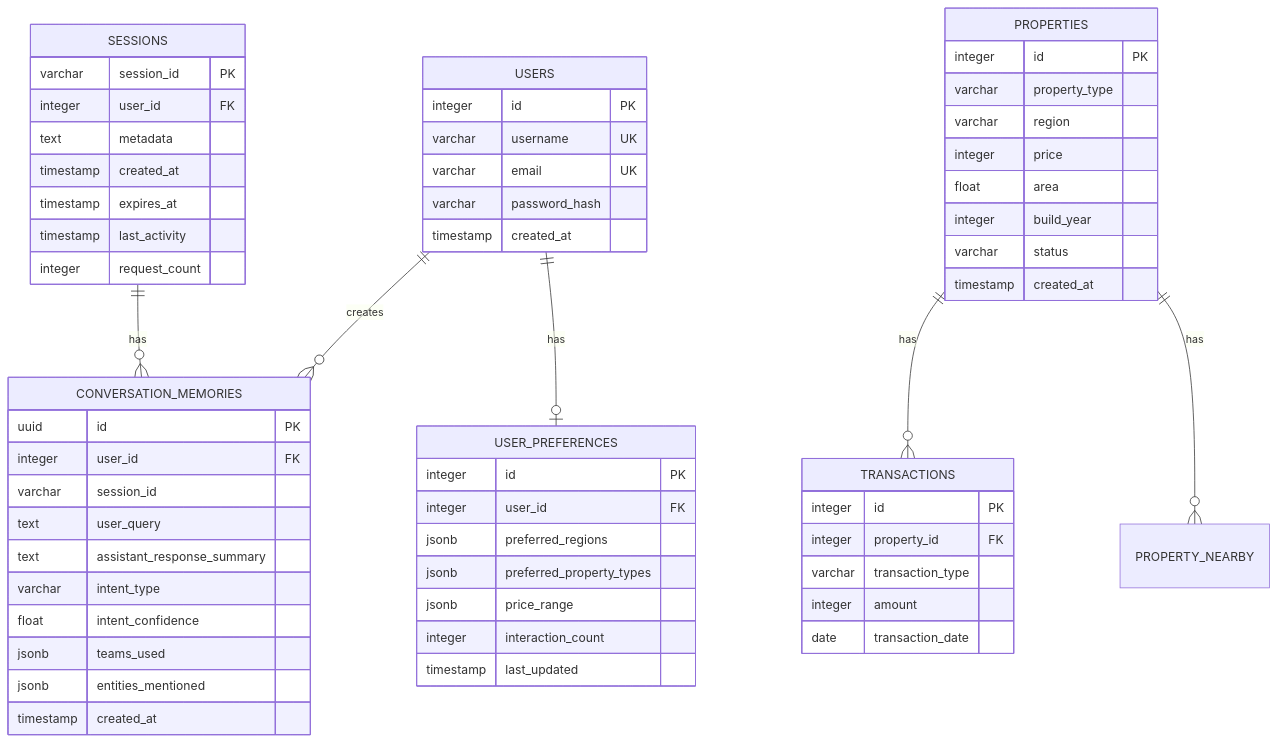
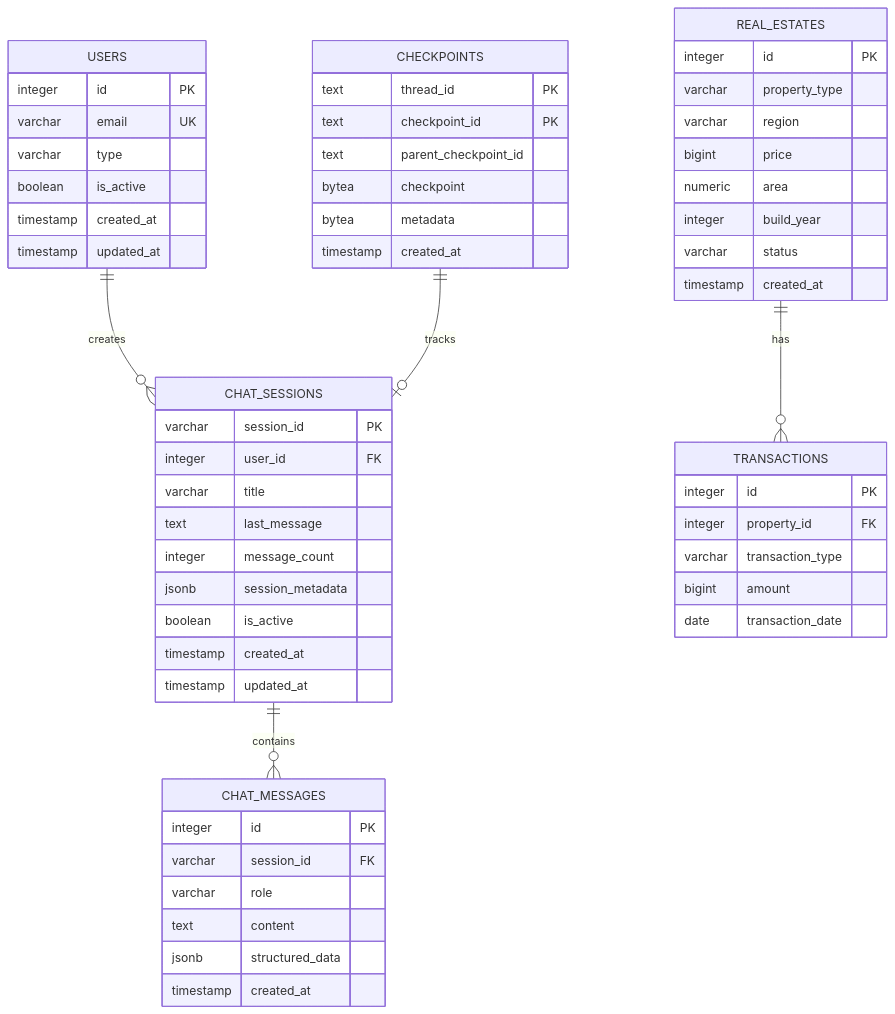
Before and after one commit to seunghak-kim/hny-project: the diagram in Manual/DATABASE_GUIDE.md, drawn with Mermaid. The commit also changed other lines of this file and 22 other files, not shown here.

````diff
--- a/Manual/DATABASE_GUIDE.md
+++ b/Manual/DATABASE_GUIDE.md
@@ -55,68 +60,65 @@
 ```mermaid
 erDiagram
-    SESSIONS ||--o{ CONVERSATION_MEMORIES : has
-    USERS ||--o{ CONVERSATION_MEMORIES : creates
-    USERS ||--o| USER_PREFERENCES : has
-    PROPERTIES ||--o{ TRANSACTIONS : has
-    PROPERTIES ||--o{ PROPERTY_NEARBY : has
-
-    SESSIONS {
-        varchar session_id PK
-        integer user_id FK
-        text metadata
-        timestamp created_at
-        timestamp expires_at
-        timestamp last_activity
-        integer request_count
-    }
+    USERS ||--o{ CHAT_SESSIONS : creates
+    CHAT_SESSIONS ||--o{ CHAT_MESSAGES : contains
+    CHECKPOINTS ||--o| CHAT_SESSIONS : tracks
+    REAL_ESTATES ||--o{ TRANSACTIONS : has
 
     USERS {
         integer id PK
-        varchar username UK
         varchar email UK
-        varchar password_hash
+        varchar type
+        boolean is_active
+        timestamp created_at
+        timestamp updated_at
+    }
+
+    CHAT_SESSIONS {
+        varchar session_id PK
+        integer user_id FK
+        varchar title
+        text last_message
+        integer message_count
+        jsonb session_metadata
+        boolean is_active
+        timestamp created_at
+        timestamp updated_at
+    }
+
+    CHAT_MESSAGES {
+        integer id PK
+        varchar session_id FK
+        varchar role
+        text content
+        jsonb structured_data
         timestamp created_at
     }
 
-    CONVERSATION_MEMORIES {
-        uuid id PK
-        integer user_id FK
-        varchar session_id
-        text user_query
-        text assistant_response_summary
-        varchar intent_type
-        float intent_confidence
-        jsonb teams_used
-        jsonb entities_mentioned
+    CHECKPOINTS {
+        text thread_id PK
+        text checkpoint_id PK
+        text parent_checkpoint_id
+        bytea checkpoint
+        bytea metadata
         timestamp created_at
     }
 
-    USER_PREFERENCES {
-        integer id PK
-        integer user_id FK
-        jsonb preferred_regions
-        jsonb preferred_property_types
-        jsonb price_range
-        integer interaction_count
-        timestamp last_updated
-    }
-
-    PROPERTIES {
+    REAL_ESTATES {
         integer id PK
         varchar property_type
         varchar region
-        integer price
-        float area
+        bigint price
+        numeric area
         integer build_year
         varchar status
         timestamp created_at
     }
 
     TRANSACTIONS {
         integer id PK
         integer property_id FK
         varchar transaction_type
-        integer amount
+        bigint amount
         date transaction_date
     }
 ```
````
